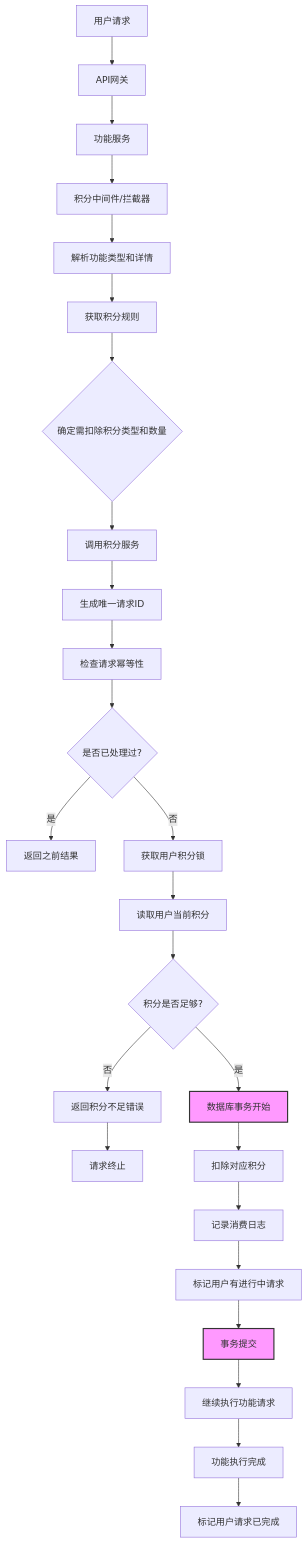
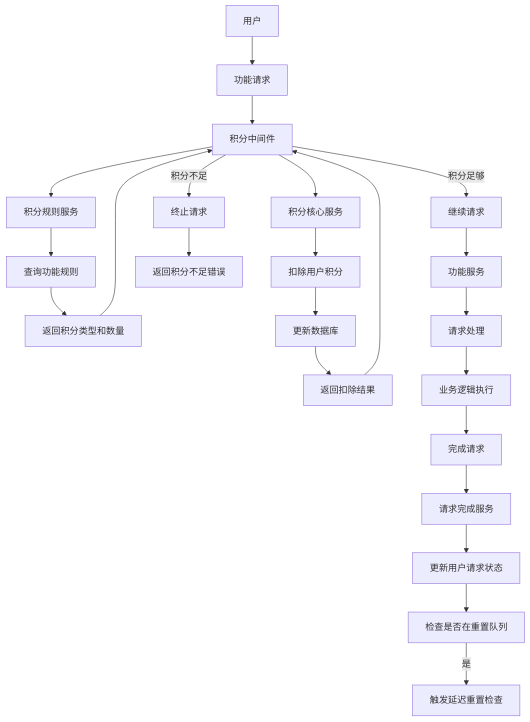
One commit to yingjianzh/iodraw-files changed the diagram in all/未命名-65.md. Above: the diagram before and after it, drawn with Mermaid.

Commit message:
2025-05-22 15:28:28 update

````diff
--- a/all/未命名-65.md
+++ b/all/未命名-65.md
@@ -1,36 +1,30 @@
 ```mermaid
 flowchart TD
-    A[用户请求] --> B[API网关]
-    B --> C[功能服务]
-    C --> D[积分中间件/拦截器]
+    A[用户] --> B[功能请求]
+    B --> C[积分中间件]
     
-    D --> E[解析功能类型和详情]
-    E --> F[获取积分规则]
-    F --> G{确定需扣除积分类型和数量}
+    C --> D[积分规则服务]
+    D --> D1[查询功能规则]
+    D1 --> D2[返回积分类型和数量]
+    D2 --> C
     
-    G --> H[调用积分服务]
-    H --> I[生成唯一请求ID]
-    I --> J[检查请求幂等性]
-    J --> K{是否已处理过?}
+    C --> E[积分核心服务]
+    E --> E1[扣除用户积分]
+    E1 --> E2[更新数据库]
+    E2 --> E3[返回扣除结果]
+    E3 --> C
     
-    K -->|是| L[返回之前结果]
-    K -->|否| M[获取用户积分锁]
-    M --> N[读取用户当前积分]
+    C -->|积分足够| F[继续请求]
+    C -->|积分不足| G[终止请求]
+    G --> H[返回积分不足错误]
     
-    N --> O{积分是否足够?}
-    O -->|否| P[返回积分不足错误]
-    P --> Q[请求终止]
+    F --> I[功能服务]
+    I --> J[请求处理]
+    J --> K[业务逻辑执行]
+    K --> L[完成请求]
     
-    O -->|是| R[数据库事务开始]
-    R --> S[扣除对应积分]
-    S --> T[记录消费日志]
-    T --> U[标记用户有进行中请求]
-    U --> V[事务提交]
-    
-    V --> W[继续执行功能请求]
-    W --> X[功能执行完成]
-    X --> Y[标记用户请求已完成]
-    
-    style R fill:#f9f,stroke:#333,stroke-width:2px
-    style V fill:#f9f,stroke:#333,stroke-width:2px
+    L --> M[请求完成服务]
+    M --> N[更新用户请求状态]
+    N --> O[检查是否在重置队列]
+    O -->|是| P[触发延迟重置检查]
 ```
````
